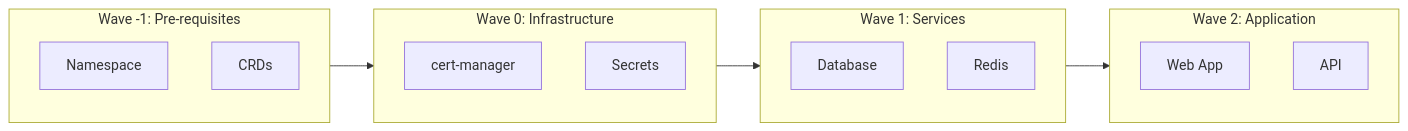
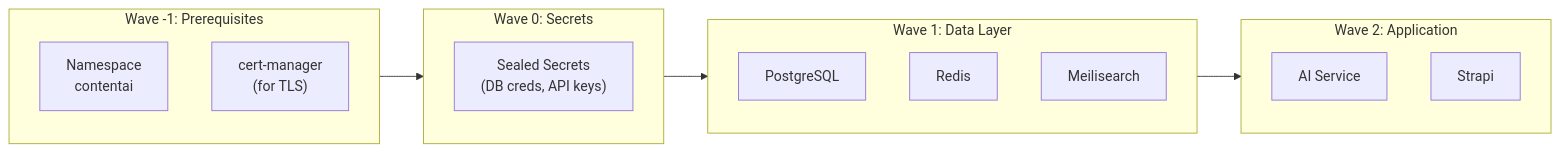
Before and after one commit to PearlThoughtsInternship/Internship-Obsidian-Vault: the seventh of 10 diagrams in DevOps/02-Engineering/05-GitOps.md, drawn with Mermaid. The commit also changed other lines of this file and 1 other file, not shown here.

````diff
--- a/DevOps/02-Engineering/05-GitOps.md
+++ b/DevOps/02-Engineering/05-GitOps.md
@@ -404,24 +423,24 @@
 ```mermaid
 flowchart LR
-    subgraph Wave1["Wave -1: Pre-requisites"]
-        NS["Namespace"]
-        CRD["CRDs"]
+    subgraph Wave1["Wave -1: Prerequisites"]
+        NS["Namespace\ncontentai"]
+        CERT["cert-manager\n(for TLS)"]
     end
 
-    subgraph Wave2["Wave 0: Infrastructure"]
-        CERT["cert-manager"]
-        SEC["Secrets"]
+    subgraph Wave2["Wave 0: Secrets"]
+        SEC["Sealed Secrets\n(DB creds, API keys)"]
     end
 
-    subgraph Wave3["Wave 1: Services"]
-        DB["Database"]
-        CACHE["Redis"]
+    subgraph Wave3["Wave 1: Data Layer"]
+        PG["PostgreSQL"]
+        REDIS["Redis"]
+        MEILI["Meilisearch"]
     end
 
     subgraph Wave4["Wave 2: Application"]
-        APP["Web App"]
-        API["API"]
+        AI["AI Service"]
+        STRAPI["Strapi"]
     end
 
     Wave1 --> Wave2 --> Wave3 --> Wave4
 ```
````
